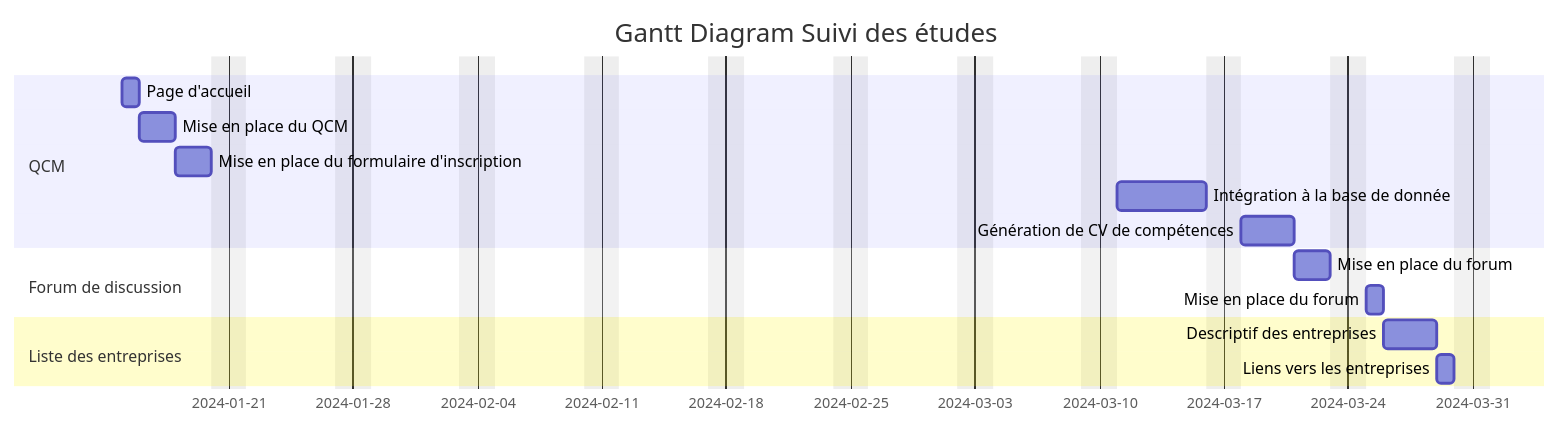
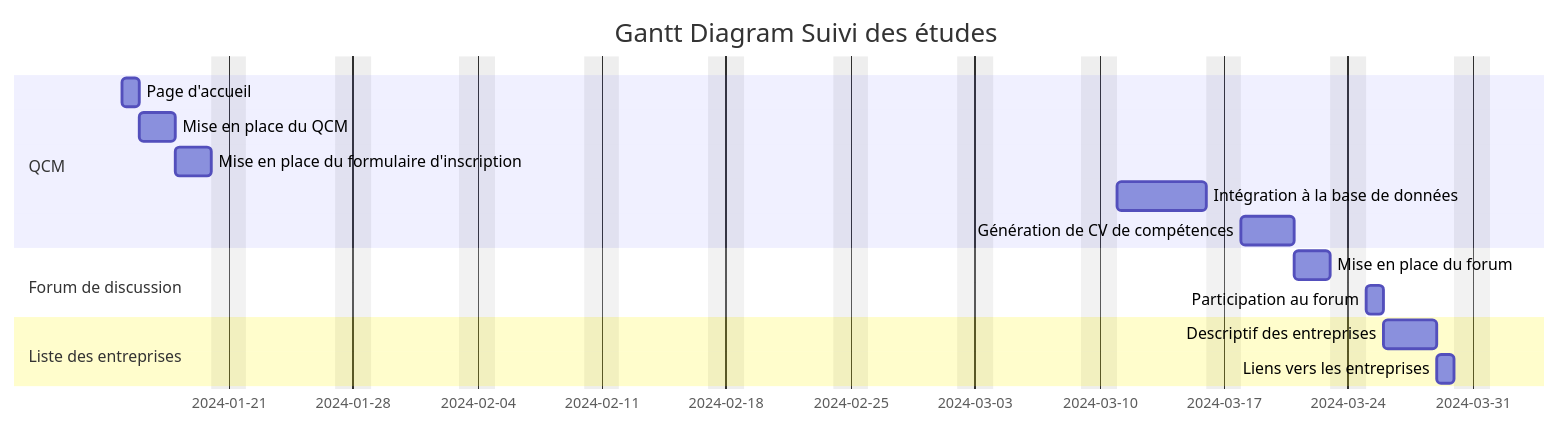
One commit to Arnaud-md/QCM_Orientation changed the first of 3 diagrams in Gantt_Diagram.md. Above: the diagram before and after it, drawn with Mermaid. The commit also changed other lines of this file and 4 other files, not shown here.

````diff
--- a/Gantt_Diagram.md
+++ b/Gantt_Diagram.md
@@ -15,18 +14,18 @@
 ```mermaid
 gantt
     title Gantt Diagram Suivi des études
     dateFormat  YYYY-MM-DD
     excludes weekends
     section QCM
-    Page d'accueil           :a1, 2024-01-15, 1d
-    Mise en place du QCM     :after a1  , 2d
+    Page d'accueil                  :a1, 2024-01-15, 1d
+    Mise en place du QCM            :after a1  , 2d
     Mise en place du formulaire d'inscription : 2d
-    Intégration à la base de donnée : a2, 2024-03-11, 5d
+    Intégration à la base de données : a2, 2024-03-11, 5d
     Génération de CV de compétences : 3d
     section Forum de discussion
-    Mise en place du forum      :a3, 2024-03-21  , 2d
-    Mise en place du forum      : 1d
+    Mise en place du forum          :a3, 2024-03-21  , 2d
+    Participation au forum          : 1d
     section Liste des entreprises
     Descriptif des entreprises      :a4, 2024-03-26 , 3d
-    Liens vers les entreprises      : 1d
+    Liens vers les entreprises       : 1d
 ```
````
